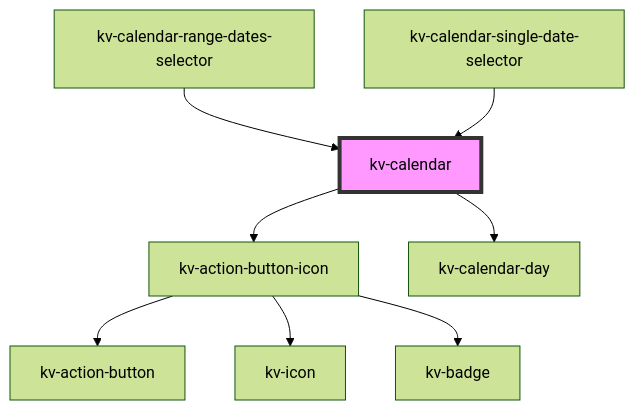
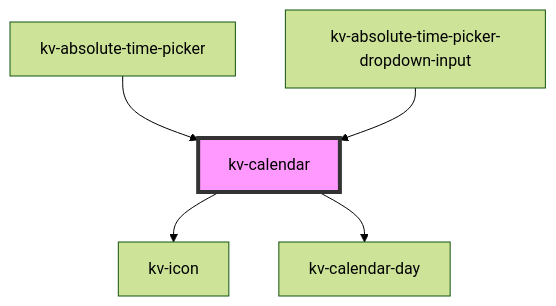
Before and after one commit to kelvininc/ui-components: the diagram in packages/ui-components/src/components/calendar/readme.md, drawn with Mermaid (forest theme). The commit also changed other lines of this file and 137 other files, not shown here.

Commit message:
refactor(calendar)!: remove old calendar components and rename time picker components

````diff
--- a/packages/ui-components/src/components/calendar/readme.md
+++ b/packages/ui-components/src/components/calendar/readme.md
@@ -92,11 +92,8 @@
 ```mermaid
 graph TD;
-  kv-calendar --> kv-action-button-icon
+  kv-calendar --> kv-icon
   kv-calendar --> kv-calendar-day
-  kv-action-button-icon --> kv-action-button
-  kv-action-button-icon --> kv-icon
-  kv-action-button-icon --> kv-badge
-  kv-calendar-range-dates-selector --> kv-calendar
-  kv-calendar-single-date-selector --> kv-calendar
+  kv-absolute-time-picker --> kv-calendar
+  kv-absolute-time-picker-dropdown-input --> kv-calendar
   style kv-calendar fill:#f9f,stroke:#333,stroke-width:4px
 ```
````
